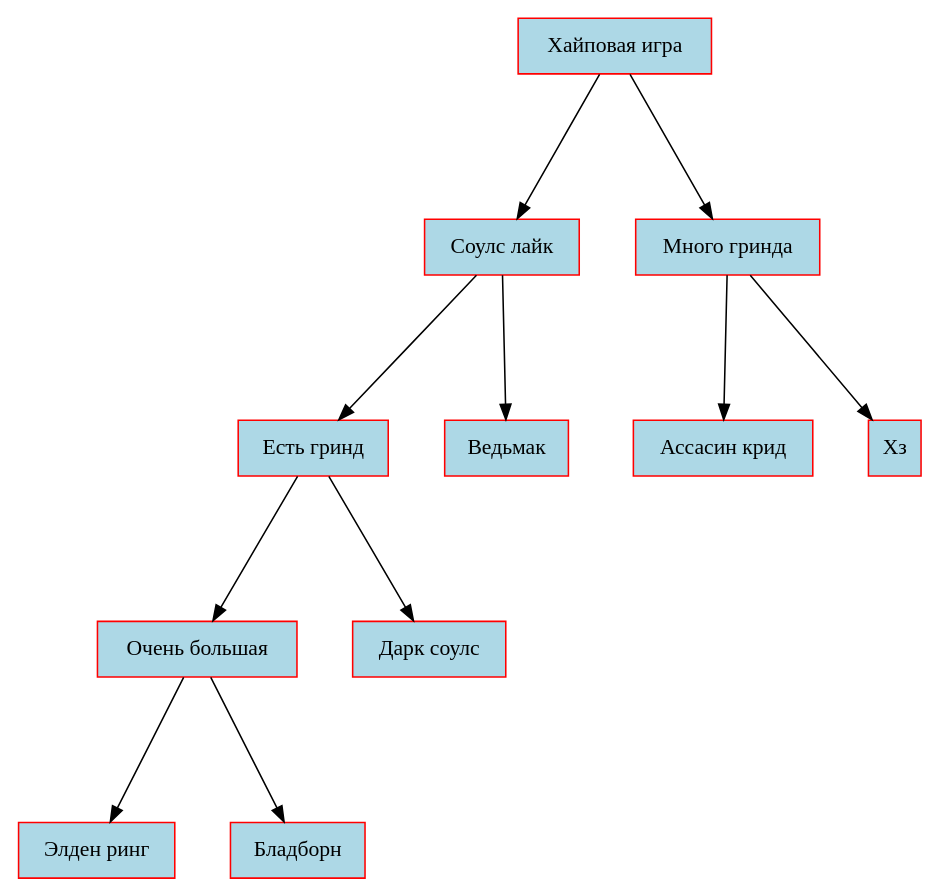
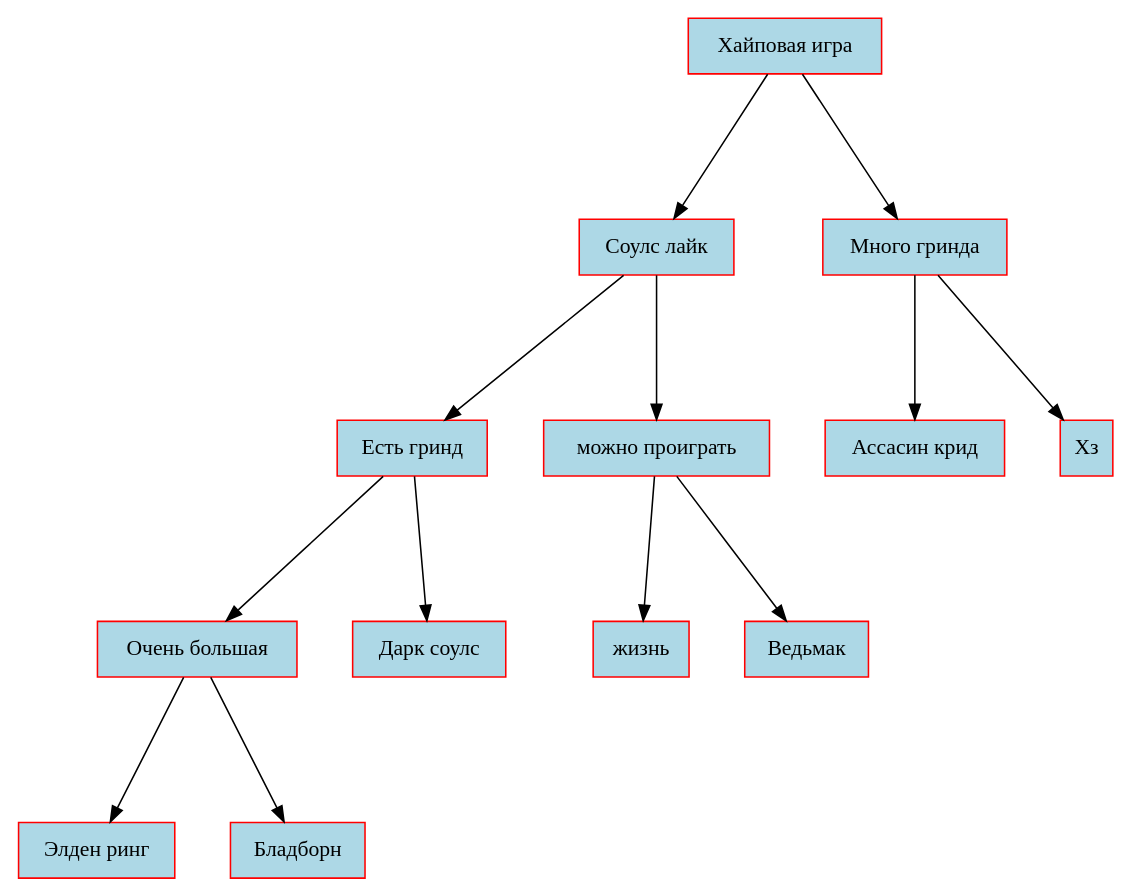
The diagram in dump.dot (vvit19/Akinator), drawn with Graphviz before and after one commit. The commit also changed 3 other files, not shown here.

```diff
--- a/dump.dot
+++ b/dump.dot
@@ -1,37 +1,43 @@
 
             digraph g {
             rankdir   =  TB;
             graph[ranksep = 1.3, nodesep = 0.5, style = "rounded, filled"]
-            Node0x564dcf6ab2a0[shape=rectangle, color="red", width=0.2, style="filled",fillcolor="lightblue", label="Хайповая игра"] 
+            Node0x561058d442a0[shape=rectangle, color="red", width=0.2, style="filled",fillcolor="lightblue", label="Хайповая игра"] 
  
-Node0x564dcf6ab700[shape=rectangle, color="red", width=0.2, style="filled",fillcolor="lightblue", label="Соулс лайк"] 
+Node0x561058d44700[shape=rectangle, color="red", width=0.2, style="filled",fillcolor="lightblue", label="Соулс лайк"] 
  
-Node0x564dcf6ab840[shape=rectangle, color="red", width=0.2, style="filled",fillcolor="lightblue", label="Есть гринд"] 
+Node0x561058d44840[shape=rectangle, color="red", width=0.2, style="filled",fillcolor="lightblue", label="Есть гринд"] 
  
-Node0x564dcf6ab980[shape=rectangle, color="red", width=0.2, style="filled",fillcolor="lightblue", label="Очень большая"] 
+Node0x561058d44980[shape=rectangle, color="red", width=0.2, style="filled",fillcolor="lightblue", label="Очень большая"] 
  
-Node0x564dcf6abac0[shape=rectangle, color="red", width=0.2, style="filled",fillcolor="lightblue", label="Элден ринг"] 
+Node0x561058d44ac0[shape=rectangle, color="red", width=0.2, style="filled",fillcolor="lightblue", label="Элден ринг"] 
  
-Node0x564dcf6aba20[shape=rectangle, color="red", width=0.2, style="filled",fillcolor="lightblue", label="Бладборн"] 
+Node0x561058d44a20[shape=rectangle, color="red", width=0.2, style="filled",fillcolor="lightblue", label="Бладборн"] 
  
-Node0x564dcf6ab8e0[shape=rectangle, color="red", width=0.2, style="filled",fillcolor="lightblue", label="Дарк соулс"] 
+Node0x561058d448e0[shape=rectangle, color="red", width=0.2, style="filled",fillcolor="lightblue", label="Дарк соулс"] 
  
-Node0x564dcf6ab7a0[shape=rectangle, color="red", width=0.2, style="filled",fillcolor="lightblue", label="Ведьмак"] 
+Node0x561058d447a0[shape=rectangle, color="red", width=0.2, style="filled",fillcolor="lightblue", label="можно проиграть"] 
  
-Node0x564dcf6ab520[shape=rectangle, color="red", width=0.2, style="filled",fillcolor="lightblue", label="Много гринда"] 
+Node0x561058d45420[shape=rectangle, color="red", width=0.2, style="filled",fillcolor="lightblue", label="жизнь"] 
  
-Node0x564dcf6ab660[shape=rectangle, color="red", width=0.2, style="filled",fillcolor="lightblue", label="Ассасин крид"] 
+Node0x561058d45380[shape=rectangle, color="red", width=0.2, style="filled",fillcolor="lightblue", label="Ведьмак"] 
  
-Node0x564dcf6ab5c0[shape=rectangle, color="red", width=0.2, style="filled",fillcolor="lightblue", label="Хз"] 
+Node0x561058d44520[shape=rectangle, color="red", width=0.2, style="filled",fillcolor="lightblue", label="Много гринда"] 
  
-Node0x564dcf6ab2a0->Node0x564dcf6ab700
-Node0x564dcf6ab700->Node0x564dcf6ab840
-Node0x564dcf6ab840->Node0x564dcf6ab980
-Node0x564dcf6ab980->Node0x564dcf6abac0
-Node0x564dcf6ab980->Node0x564dcf6aba20
-Node0x564dcf6ab840->Node0x564dcf6ab8e0
-Node0x564dcf6ab700->Node0x564dcf6ab7a0
-Node0x564dcf6ab2a0->Node0x564dcf6ab520
-Node0x564dcf6ab520->Node0x564dcf6ab660
-Node0x564dcf6ab520->Node0x564dcf6ab5c0
+Node0x561058d44660[shape=rectangle, color="red", width=0.2, style="filled",fillcolor="lightblue", label="Ассасин крид"] 
+ 
+Node0x561058d445c0[shape=rectangle, color="red", width=0.2, style="filled",fillcolor="lightblue", label="Хз"] 
+ 
+Node0x561058d442a0->Node0x561058d44700
+Node0x561058d44700->Node0x561058d44840
+Node0x561058d44840->Node0x561058d44980
+Node0x561058d44980->Node0x561058d44ac0
+Node0x561058d44980->Node0x561058d44a20
+Node0x561058d44840->Node0x561058d448e0
+Node0x561058d44700->Node0x561058d447a0
+Node0x561058d447a0->Node0x561058d45420
+Node0x561058d447a0->Node0x561058d45380
+Node0x561058d442a0->Node0x561058d44520
+Node0x561058d44520->Node0x561058d44660
+Node0x561058d44520->Node0x561058d445c0
 }
```
